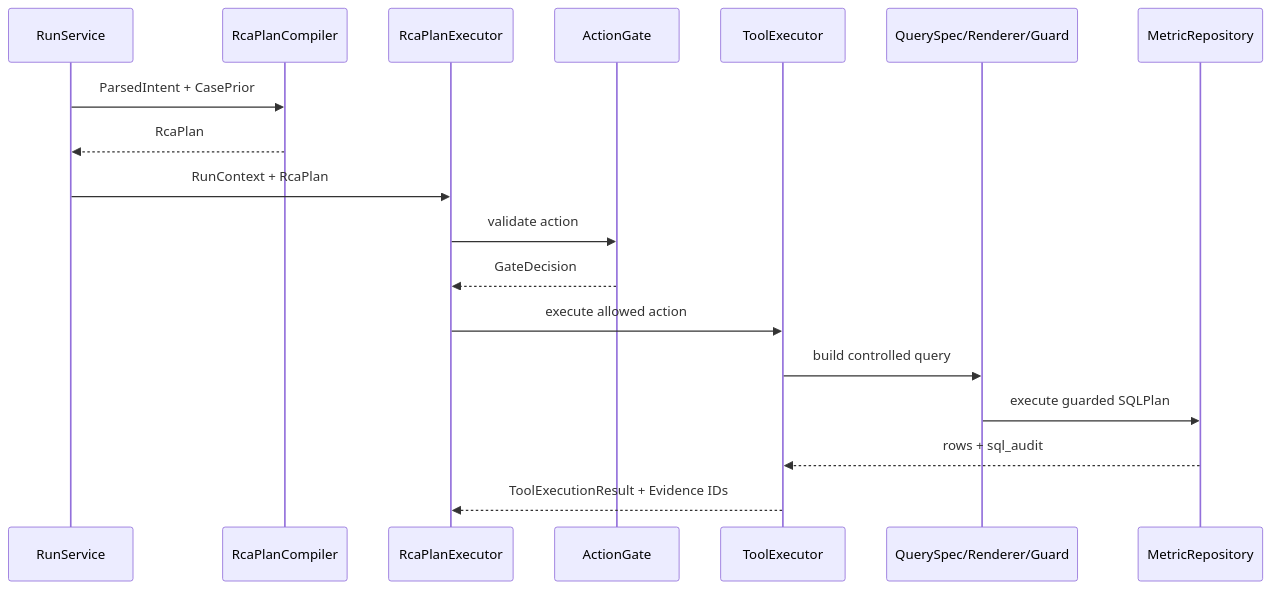
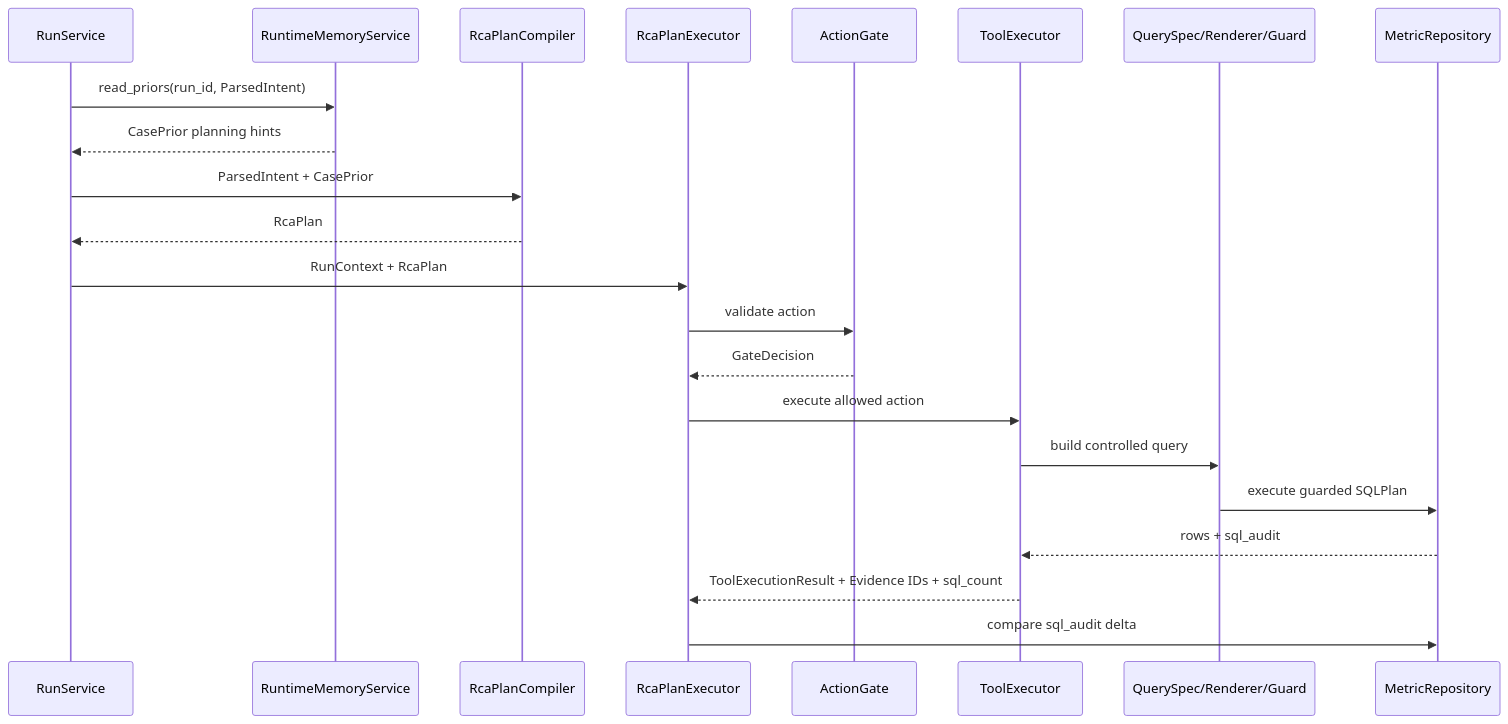
Before and after one commit to WOTMCCR/MetricRCA: the third of 8 diagrams in docs/architecture.md, drawn with Mermaid. The commit also changed other lines of this file and 75 other files, not shown here.

````diff
--- a/docs/architecture.md
+++ b/docs/architecture.md
@@ -48,20 +56,24 @@
 ```mermaid
 sequenceDiagram
   participant R as RunService
+  participant M as RuntimeMemoryService
   participant C as RcaPlanCompiler
   participant E as RcaPlanExecutor
   participant G as ActionGate
   participant T as ToolExecutor
   participant Q as QuerySpec/Renderer/Guard
   participant DB as MetricRepository
+  R->>M: read_priors(run_id, ParsedIntent)
+  M-->>R: CasePrior planning hints
   R->>C: ParsedIntent + CasePrior
   C-->>R: RcaPlan
   R->>E: RunContext + RcaPlan
   E->>G: validate action
   G-->>E: GateDecision
   E->>T: execute allowed action
   T->>Q: build controlled query
   Q->>DB: execute guarded SQLPlan
   DB-->>T: rows + sql_audit
-  T-->>E: ToolExecutionResult + Evidence IDs
+  T-->>E: ToolExecutionResult + Evidence IDs + sql_count
+  E->>DB: compare sql_audit delta
 ```
````
